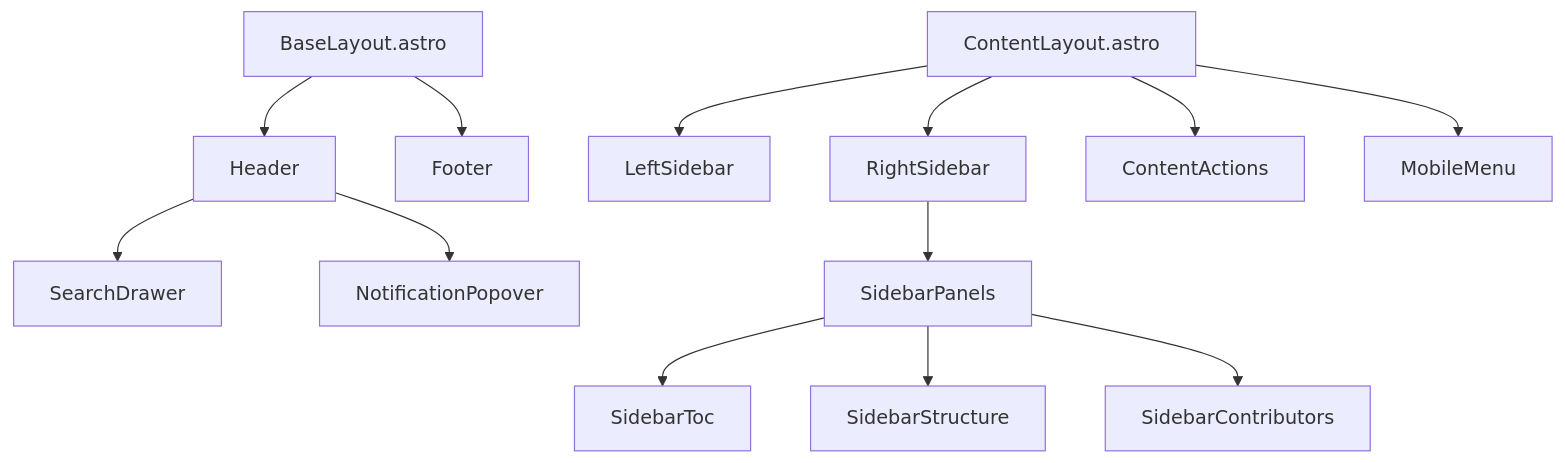
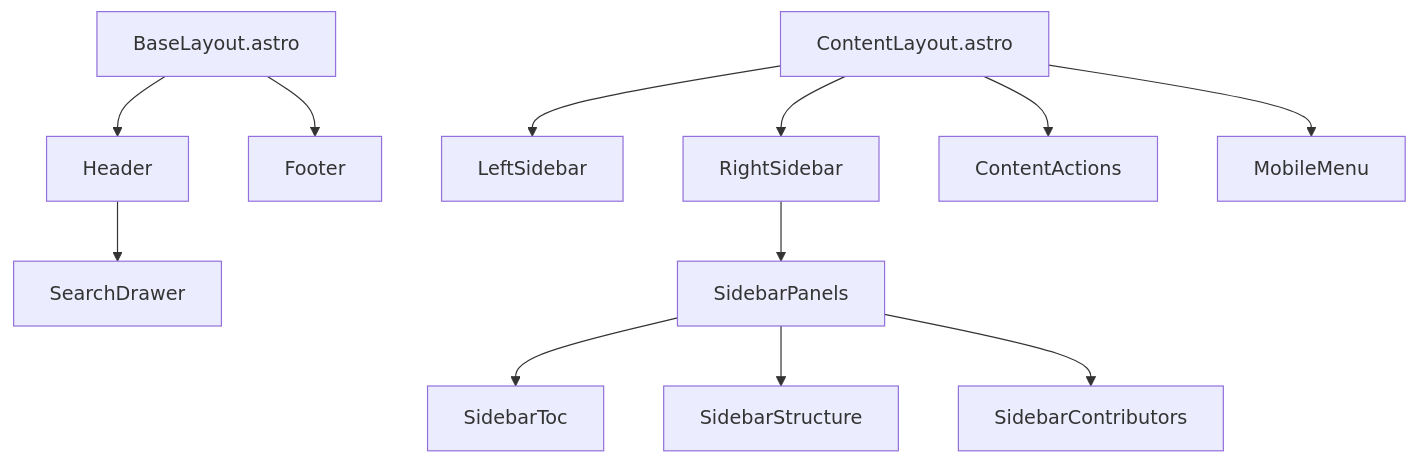
One commit to zhu-jl18/Fish-AI-Handbook changed the diagram in src/components/CLAUDE.md. Above: the diagram before and after it, drawn with Mermaid. The commit also changed other lines of this file and 7 other files, not shown here.

Commit message:
chore: remove notification popover

````diff
--- a/src/components/CLAUDE.md
+++ b/src/components/CLAUDE.md
@@ -32,15 +31,14 @@
 ```mermaid
 graph TD
     BaseLayout[BaseLayout.astro] --> Header
     BaseLayout --> Footer
     ContentLayout[ContentLayout.astro] --> LeftSidebar
     ContentLayout --> RightSidebar
     ContentLayout --> ContentActions
     ContentLayout --> MobileMenu
     RightSidebar --> SidebarPanels
     SidebarPanels --> SidebarToc
     SidebarPanels --> SidebarStructure
     SidebarPanels --> SidebarContributors
     Header --> SearchDrawer
-    Header --> NotificationPopover
 ```
````
